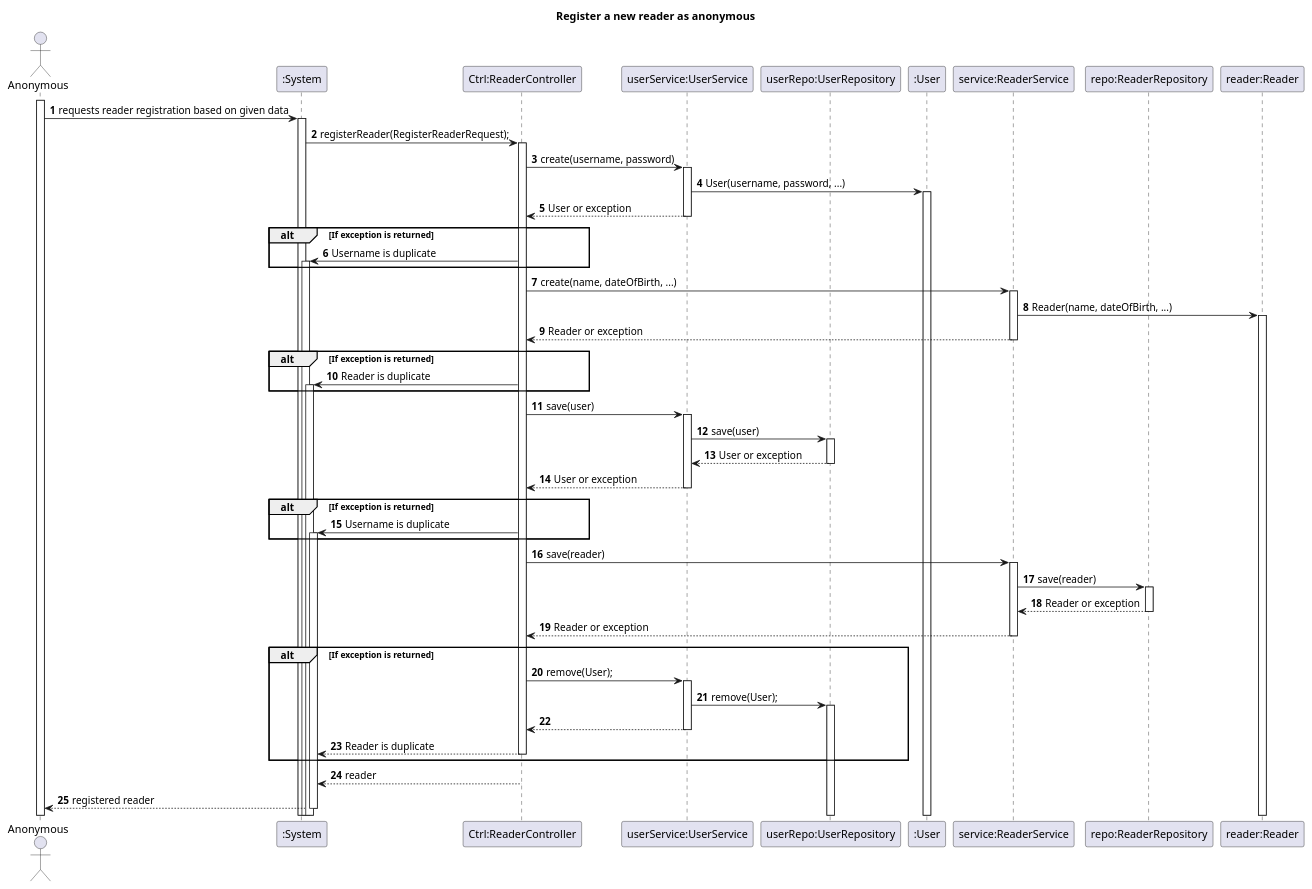
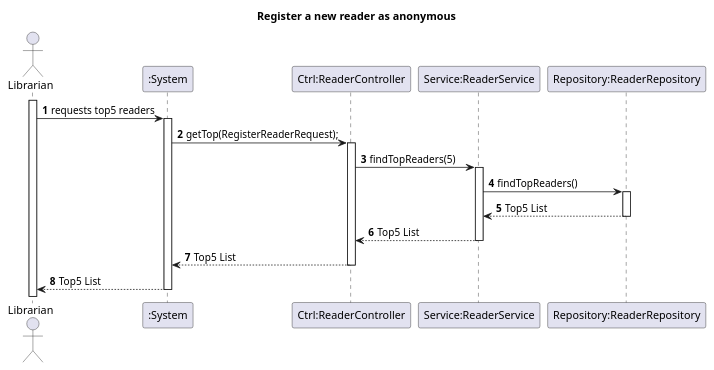
Before and after one commit to rutemf/1220944_1220772_G01: the diagram in Docs/Phase2/WP3B-Readers/Ph2-11-Top5Readers/SD.puml, drawn with PlantUML. The commit also changed 3 other files, not shown here.

```diff
--- a/Docs/Phase2/WP3B-Readers/Ph2-11-Top5Readers/SD.puml
+++ b/Docs/Phase2/WP3B-Readers/Ph2-11-Top5Readers/SD.puml
@@ -1,70 +1,27 @@
 @startuml
 'https://plantuml.com/sequence-diagram
 autoactivate on
 autonumber
 
 title Register a new reader as anonymous
 
-actor "Anonymous" as Anonymous
+actor "Librarian" as Librarian
 participant ":System" as System
 participant "Ctrl:ReaderController" as Ctrl
-participant "userService:UserService" as UserService
-participant "userRepo:UserRepository" as UserRepository
-participant ":User" as User
-participant "service:ReaderService" as Service
-participant "repo:ReaderRepository" as Repo
-participant "reader:Reader" as Reader
+participant "Service:ReaderService" as ReaderService
+participant "Repository:ReaderRepository" as ReaderRepository
 
-activate Anonymous
+activate Librarian
 
-Anonymous -> System: requests reader registration based on given data
+Librarian -> System: requests top5 readers
 
-System -> Ctrl: registerReader(RegisterReaderRequest);
+System -> Ctrl: getTop(RegisterReaderRequest);
 
-Ctrl -> UserService: create(username, password)
-UserService -> User: User(username, password, ...)
-UserService --> Ctrl: User or exception
-alt If exception is returned
-    Ctrl -> System: Username is duplicate
-end
-
-/'UserService -> UserRepository: save(user);
-UserRepository --> UserService: User or exception
-
-alt If exception is returned
-    Ctrl -> System: Username is duplicate
-end'/
-
-Ctrl -> Service: create(name, dateOfBirth, ...)
-Service -> Reader: Reader(name, dateOfBirth, ...)
-Service --> Ctrl: Reader or exception
-
-alt If exception is returned
-    Ctrl -> System: Reader is duplicate
-end
-
-Ctrl -> UserService: save(user)
-UserService -> UserRepository: save(user)
-UserRepository --> UserService: User or exception
-UserService --> Ctrl: User or exception
-
-alt If exception is returned
-    Ctrl -> System: Username is duplicate
-end
-
-Ctrl -> Service: save(reader)
-Service -> Repo: save(reader)
-Repo --> Service: Reader or exception
-Service --> Ctrl: Reader or exception
-
-alt If exception is returned
-    Ctrl -> UserService: remove(User);
-    UserService -> UserRepository: remove(User);
-    UserService --> Ctrl:
-    Ctrl --> System: Reader is duplicate
-end
-
-Ctrl --> System: reader
-System --> Anonymous: registered reader
+Ctrl -> ReaderService: findTopReaders(5)
+ReaderService -> ReaderRepository: findTopReaders()
+ReaderRepository --> ReaderService: Top5 List
+ReaderService --> Ctrl: Top5 List
+Ctrl --> System: Top5 List
+System --> Librarian: Top5 List
 
 @enduml
```
